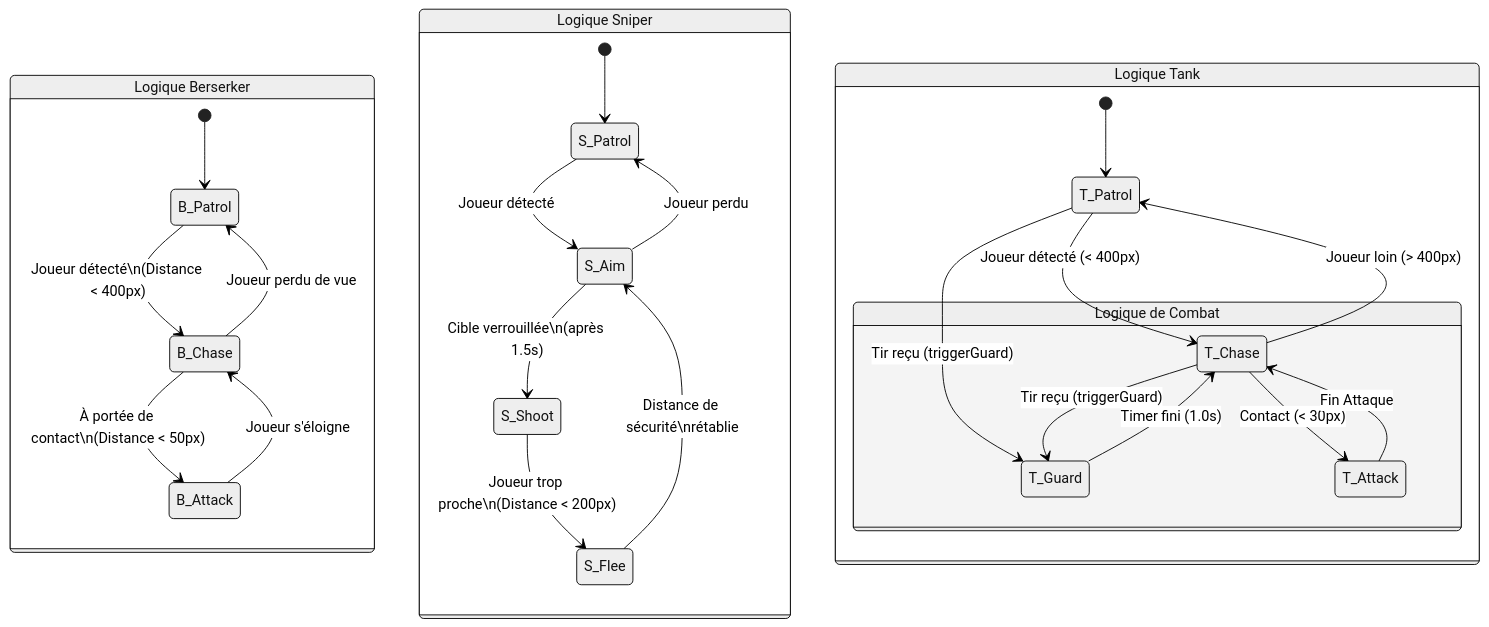
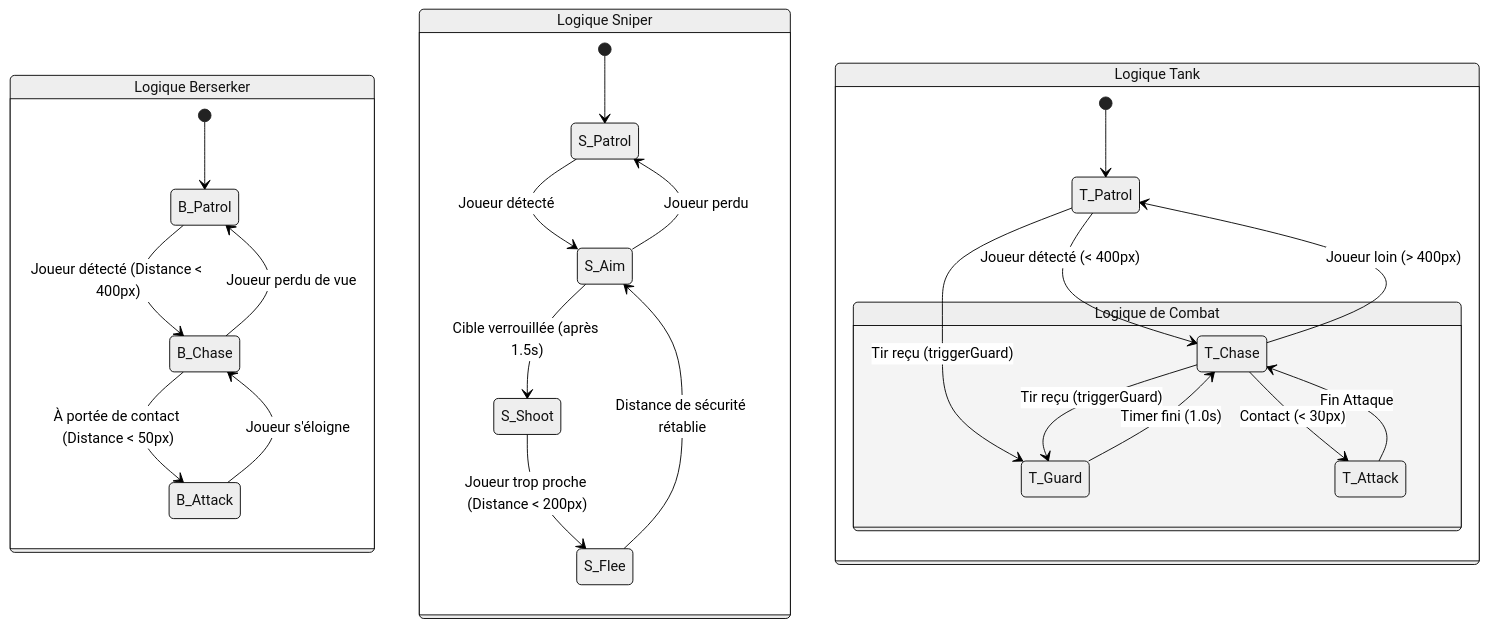
One commit to Alice2406/Arene-2D changed the diagram in README.md. Above: the diagram before and after it, drawn with Mermaid (neutral theme). The commit also changed other lines of this file, not shown here.

````diff
--- a/README.md
+++ b/README.md
@@ -1,41 +33,41 @@
 ```mermaid
 stateDiagram-v2
     direction TB
 
     state "Logique Berserker" as Berserker {
         [*] --> B_Patrol
-        B_Patrol --> B_Chase : Joueur détecté\n(Distance < 400px)
-        B_Chase --> B_Attack : À portée de contact\n(Distance < 50px)
+        B_Patrol --> B_Chase : Joueur détecté (Distance < 400px)
+        B_Chase --> B_Attack : À portée de contact (Distance < 50px)
         B_Attack --> B_Chase : Joueur s'éloigne
         B_Chase --> B_Patrol : Joueur perdu de vue
     }
 
     state "Logique Sniper" as Sniper {
         [*] --> S_Patrol
         S_Patrol --> S_Aim : Joueur détecté
-        S_Aim --> S_Shoot : Cible verrouillée\n(après 1.5s)
-        S_Shoot --> S_Flee : Joueur trop proche\n(Distance < 200px)
-        S_Flee --> S_Aim : Distance de sécurité\nrétablie
+        S_Aim --> S_Shoot : Cible verrouillée (après 1.5s)
+        S_Shoot --> S_Flee : Joueur trop proche (Distance < 200px)
+        S_Flee --> S_Aim : Distance de sécurité rétablie
         S_Aim --> S_Patrol : Joueur perdu
     }
 
       state "Logique Tank" as Tank {
        [*] --> T_Patrol
     
     T_Patrol --> T_Chase : Joueur détecté (< 400px)
     T_Chase --> T_Patrol : Joueur loin (> 400px)
 
     %% Mécanique de Tir (marche aussi depuis Patrol !)
     T_Patrol --> T_Guard : Tir reçu (triggerGuard)
     T_Chase --> T_Guard : Tir reçu (triggerGuard)
     
     state "Logique de Combat" as Combat {
         T_Guard --> T_Chase : Timer fini (1.0s)
         
         T_Chase --> T_Attack : Contact (< 30px)
         T_Attack --> T_Chase : Fin Attaque
     }
     }
 
 
 ```
````
